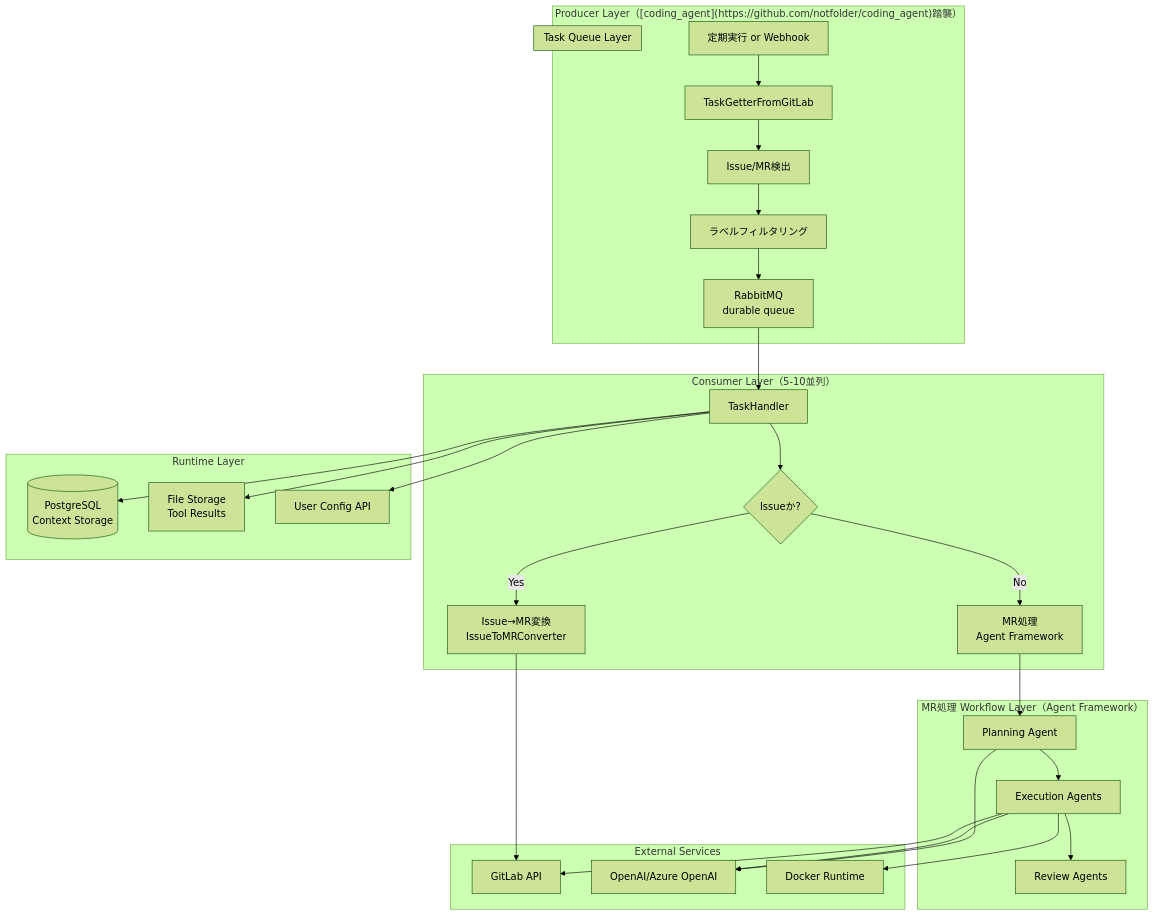
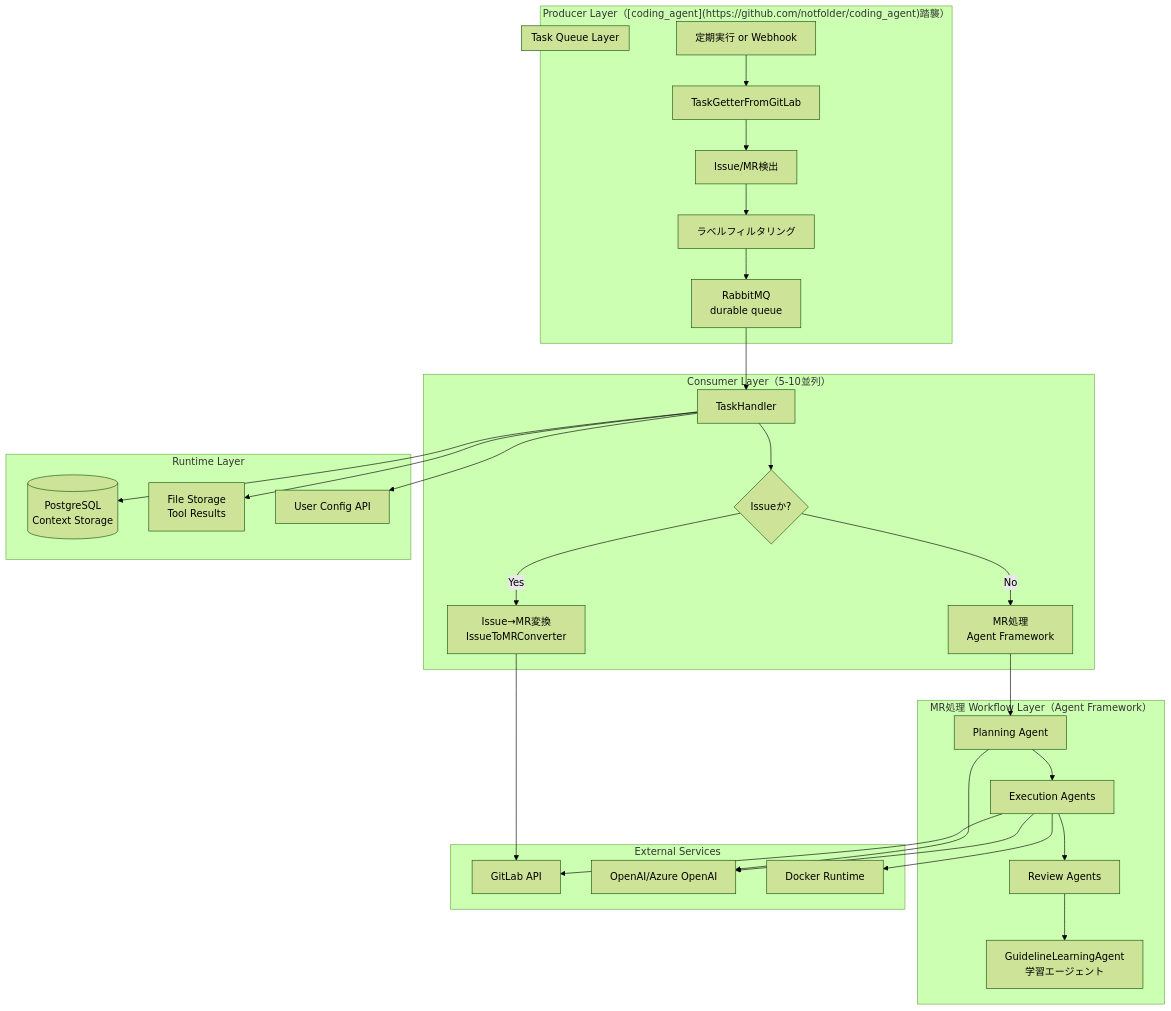
The first of 13 diagrams in docs/CODE_AGENT_ORCHESTRATOR_SPEC.md (notfolder/AutomataCodex), drawn with Mermaid (forest theme) before and after one commit. The commit also changed other lines of this file and 1 other file, not shown here.

Commit message:
feat: GuidelineLearningAgentを追加し、ワークフロー終了時にMRコメントからガイドラインを自動更新する機能を実装

````diff
--- a/docs/CODE_AGENT_ORCHESTRATOR_SPEC.md
+++ b/docs/CODE_AGENT_ORCHESTRATOR_SPEC.md
@@ -75,61 +75,63 @@
 ```mermaid
 flowchart TB
     subgraph Producer ["Producer Layer（[coding_agent](https://github.com/notfolder/coding_agent)踏襲）"]
         P1[定期実行 or Webhook]
         P2[TaskGetterFromGitLab]
         P3[Issue/MR検出]
         P4[ラベルフィルタリング]
         
         P1 --> P2
         P2 --> P3
         P3 --> P4
         P4 --> RabbitMQ
     end
     
     subgraph Queue ["Task Queue Layer"]
         RabbitMQ[RabbitMQ<br/>durable queue]
     end
     
     subgraph Consumer ["Consumer Layer（5-10並列）"]
         C1[TaskHandler]
         C2{Issueか?}
         C3[Issue→MR変換<br/>IssueToMRConverter]
         C4[MR処理<br/>Agent Framework]
         
         RabbitMQ --> C1
         C1 --> C2
         C2 -->|Yes| C3
         C2 -->|No| C4
     end
     
     subgraph Workflow ["MR処理 Workflow Layer（Agent Framework）"]
         W1[Planning Agent]
         W2[Execution Agents]
         W3[Review Agents]
+        W4[GuidelineLearningAgent<br/>学習エージェント]
         
         C4 --> W1
         W1 --> W2
         W2 --> W3
+        W3 --> W4
     end
     
     subgraph Runtime ["Runtime Layer"]
         DB[(PostgreSQL<br/>Context Storage)]
         FS[File Storage<br/>Tool Results]
         UserAPI[User Config API]
     end
     
     subgraph External ["External Services"]
         GitLab[GitLab API]
         LLM[OpenAI/Azure OpenAI]
         Docker[Docker Runtime]
     end
     
     C3 --> GitLab
     W2 --> GitLab
     W2 --> Docker
     C1 --> DB
     C1 --> FS
     C1 --> UserAPI
     W1 --> LLM
     W2 --> LLM
 ```
````
